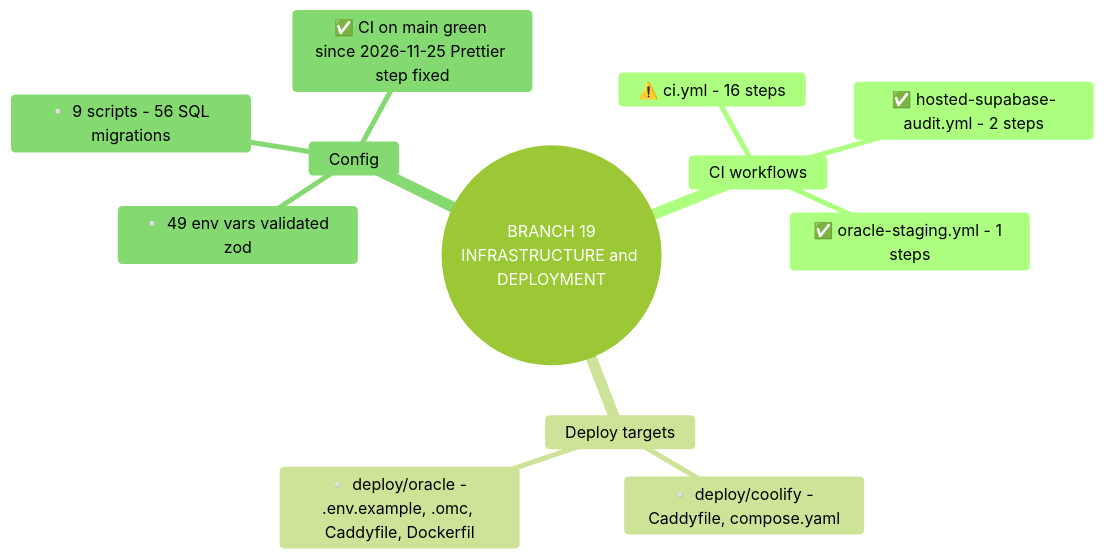
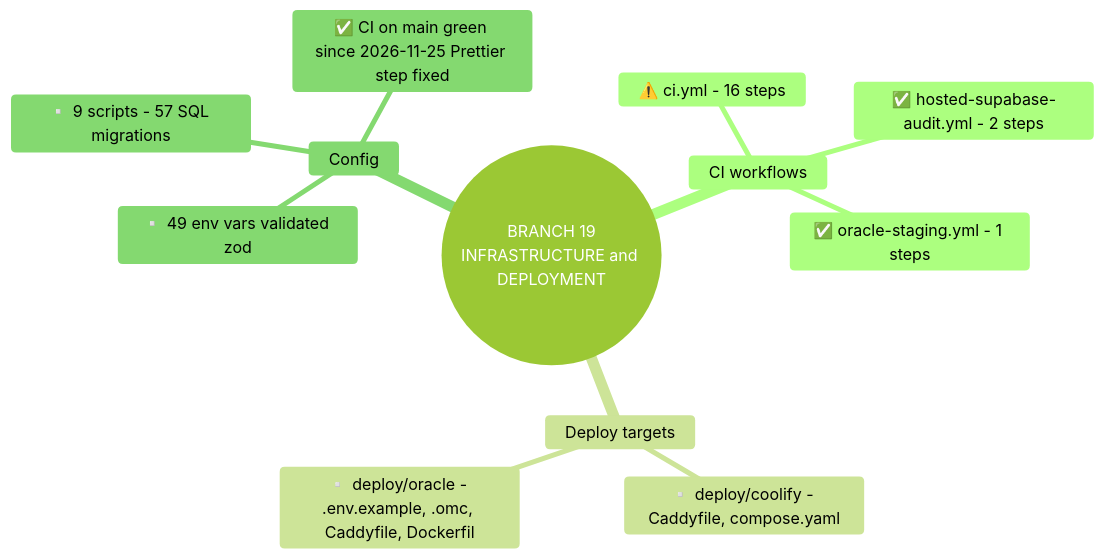
Diagram 21 of 22 in project-mindmap/master/MASTER_PROJECT_DIAGRAMS.md (yhsomani/talentsphere-complete), drawn with Mermaid (forest theme) before and after one commit. The commit also changed other lines of this file and 171 other files, not shown here.

First line of the commit message:
docs(mindmap): feature catalog to nano level and graph views

````diff
--- a/project-mindmap/master/MASTER_PROJECT_DIAGRAMS.md
+++ b/project-mindmap/master/MASTER_PROJECT_DIAGRAMS.md
@@ -578,15 +578,15 @@
 ```mermaid
 mindmap
   root(("BRANCH 19<br/>INFRASTRUCTURE and DEPLOYMENT"))
     CI workflows
       ⚠️ ci.yml - 16 steps
       ✅ hosted-supabase-audit.yml - 2 steps
       ✅ oracle-staging.yml - 1 steps
     Deploy targets
       ▫️ deploy/coolify - Caddyfile, compose.yaml
       ▫️ deploy/oracle - .env.example, .omc, Caddyfile, Dockerfil
     Config
       ▫️ 49 env vars validated zod
-      ▫️ 9 scripts - 56 SQL migrations
+      ▫️ 9 scripts - 57 SQL migrations
       ✅ CI on main green since 2026-11-25 Prettier step fixed
 ```
````
